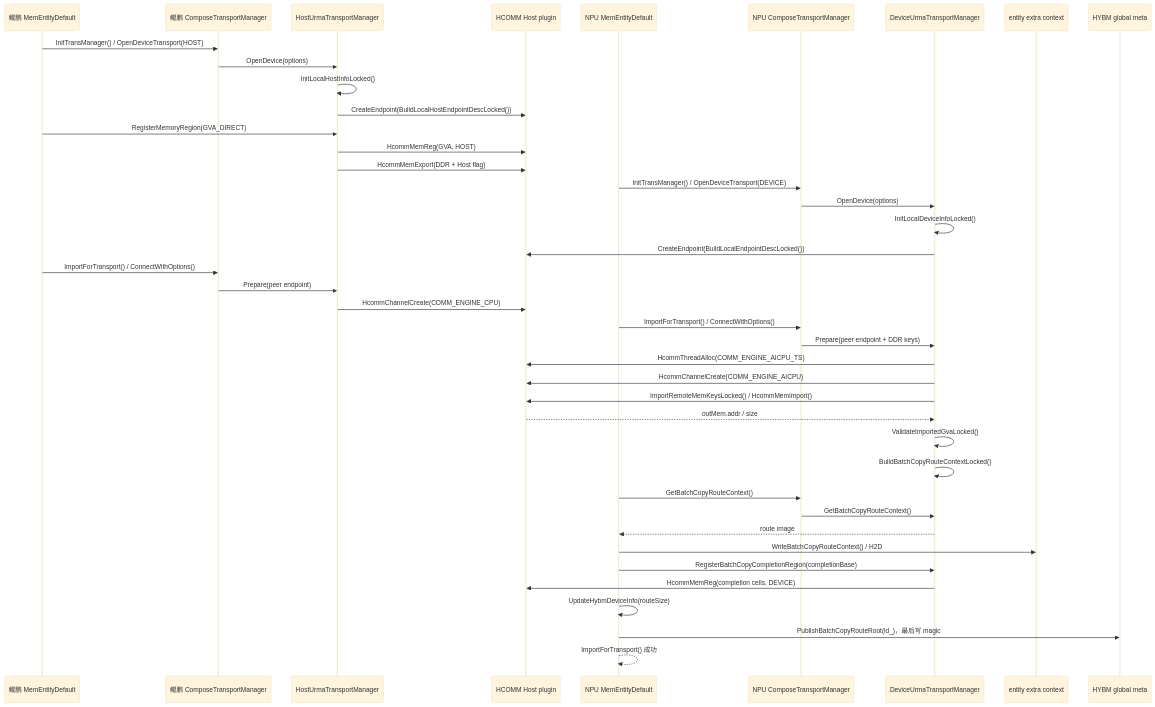
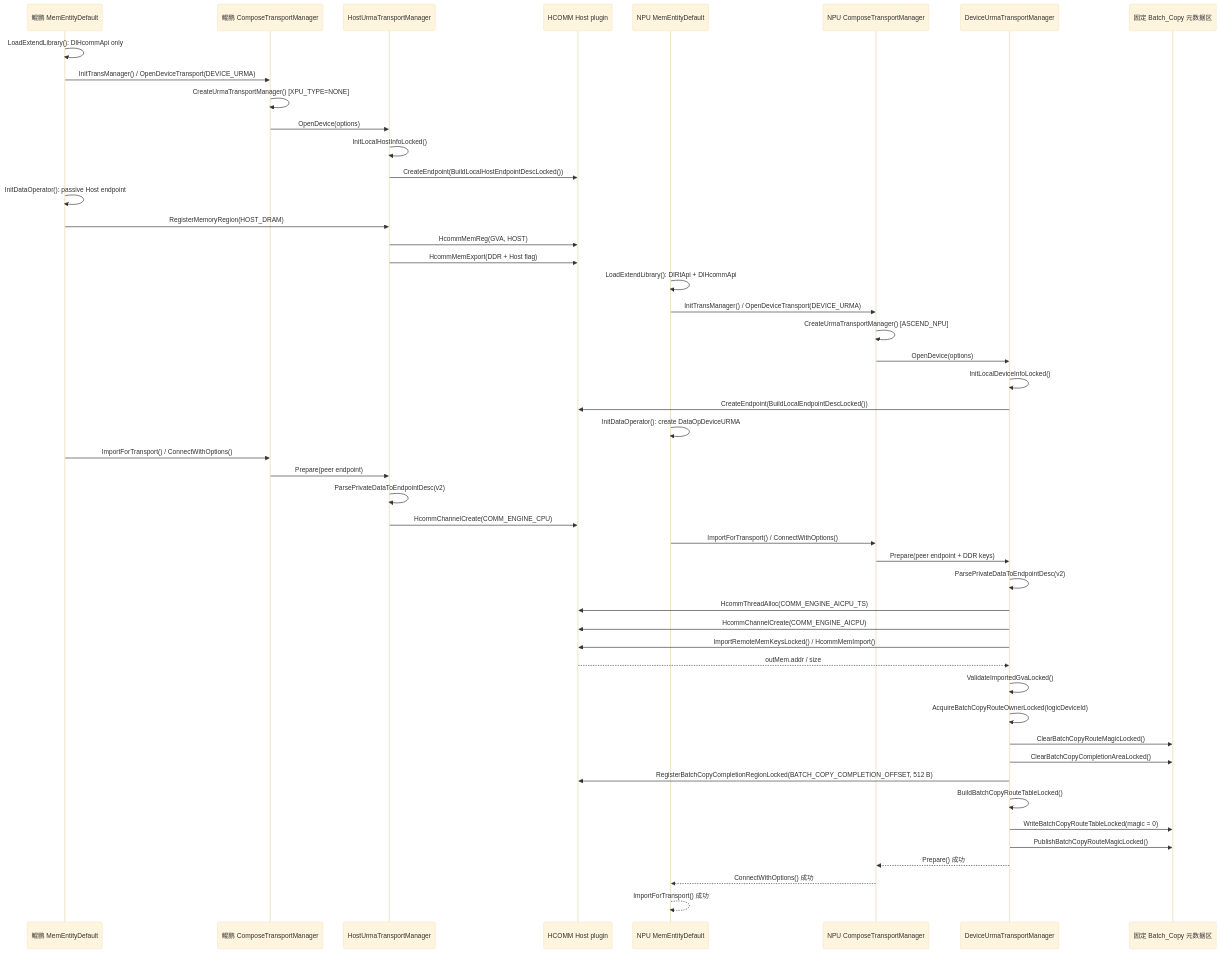
Before and after one commit to NoCoder0/memfabric_hybrid: the second of 3 diagrams in docs/batch_copy_aicpu_urma_design.md, drawn with Mermaid (base theme). The commit also changed other lines of this file and 1 other file, not shown here.

Commit message:
docs: redesign batch copy route metadata layout

````diff
--- a/docs/batch_copy_aicpu_urma_design.md
+++ b/docs/batch_copy_aicpu_urma_design.md
@@ -328,47 +393,53 @@
 ```mermaid
 sequenceDiagram
     participant CE as 鲲鹏 MemEntityDefault
     participant CC as 鲲鹏 ComposeTransportManager
     participant HM as HostUrmaTransportManager
     participant H as HCOMM Host plugin
     participant NE as NPU MemEntityDefault
     participant NC as NPU ComposeTransportManager
     participant DM as DeviceUrmaTransportManager
-    participant X as entity extra context
-    participant G as HYBM global meta
+    participant M as 固定 Batch_Copy 元数据区
 
-    CE->>CC: InitTransManager() / OpenDeviceTransport(HOST)
+    CE->>CE: LoadExtendLibrary(): DlHcommApi only
+    CE->>CC: InitTransManager() / OpenDeviceTransport(DEVICE_URMA)
+    CC->>CC: CreateUrmaTransportManager() [XPU_TYPE=NONE]
     CC->>HM: OpenDevice(options)
     HM->>HM: InitLocalHostInfoLocked()
     HM->>H: CreateEndpoint(BuildLocalHostEndpointDescLocked())
-    CE->>HM: RegisterMemoryRegion(GVA_DIRECT)
+    CE->>CE: InitDataOperator(): passive Host endpoint
+    CE->>HM: RegisterMemoryRegion(HOST_DRAM)
     HM->>H: HcommMemReg(GVA, HOST)
     HM->>H: HcommMemExport(DDR + Host flag)
 
-    NE->>NC: InitTransManager() / OpenDeviceTransport(DEVICE)
+    NE->>NE: LoadExtendLibrary(): DlRtApi + DlHcommApi
+    NE->>NC: InitTransManager() / OpenDeviceTransport(DEVICE_URMA)
+    NC->>NC: CreateUrmaTransportManager() [ASCEND_NPU]
     NC->>DM: OpenDevice(options)
     DM->>DM: InitLocalDeviceInfoLocked()
     DM->>H: CreateEndpoint(BuildLocalEndpointDescLocked())
+    NE->>NE: InitDataOperator(): create DataOpDeviceURMA
 
     CE->>CC: ImportForTransport() / ConnectWithOptions()
     CC->>HM: Prepare(peer endpoint)
+    HM->>HM: ParsePrivateDataToEndpointDesc(v2)
     HM->>H: HcommChannelCreate(COMM_ENGINE_CPU)
     NE->>NC: ImportForTransport() / ConnectWithOptions()
     NC->>DM: Prepare(peer endpoint + DDR keys)
+    DM->>DM: ParsePrivateDataToEndpointDesc(v2)
     DM->>H: HcommThreadAlloc(COMM_ENGINE_AICPU_TS)
     DM->>H: HcommChannelCreate(COMM_ENGINE_AICPU)
     DM->>H: ImportRemoteMemKeysLocked() / HcommMemImport()
     H-->>DM: outMem.addr / size
     DM->>DM: ValidateImportedGvaLocked()
-    DM->>DM: BuildBatchCopyRouteContextLocked()
-
-    NE->>NC: GetBatchCopyRouteContext()
-    NC->>DM: GetBatchCopyRouteContext()
-    DM-->>NE: route image
-    NE->>X: WriteBatchCopyRouteContext() / H2D
-    NE->>DM: RegisterBatchCopyCompletionRegion(completionBase)
-    DM->>H: HcommMemReg(completion cells, DEVICE)
-    NE->>NE: UpdateHybmDeviceInfo(routeSize)
-    NE->>G: PublishBatchCopyRouteRoot(id_)，最后写 magic
+    DM->>DM: AcquireBatchCopyRouteOwnerLocked(logicDeviceId)
+    DM->>M: ClearBatchCopyRouteMagicLocked()
+    DM->>M: ClearBatchCopyCompletionAreaLocked()
+    DM->>H: RegisterBatchCopyCompletionRegionLocked(BATCH_COPY_COMPLETION_OFFSET, 512 B)
+    DM->>DM: BuildBatchCopyRouteTableLocked()
+    DM->>M: WriteBatchCopyRouteTableLocked(magic = 0)
+    DM->>M: PublishBatchCopyRouteMagicLocked()
+    DM-->>NC: Prepare() 成功
+    NC-->>NE: ConnectWithOptions() 成功
     NE-->>NE: ImportForTransport() 成功
 ```
````
